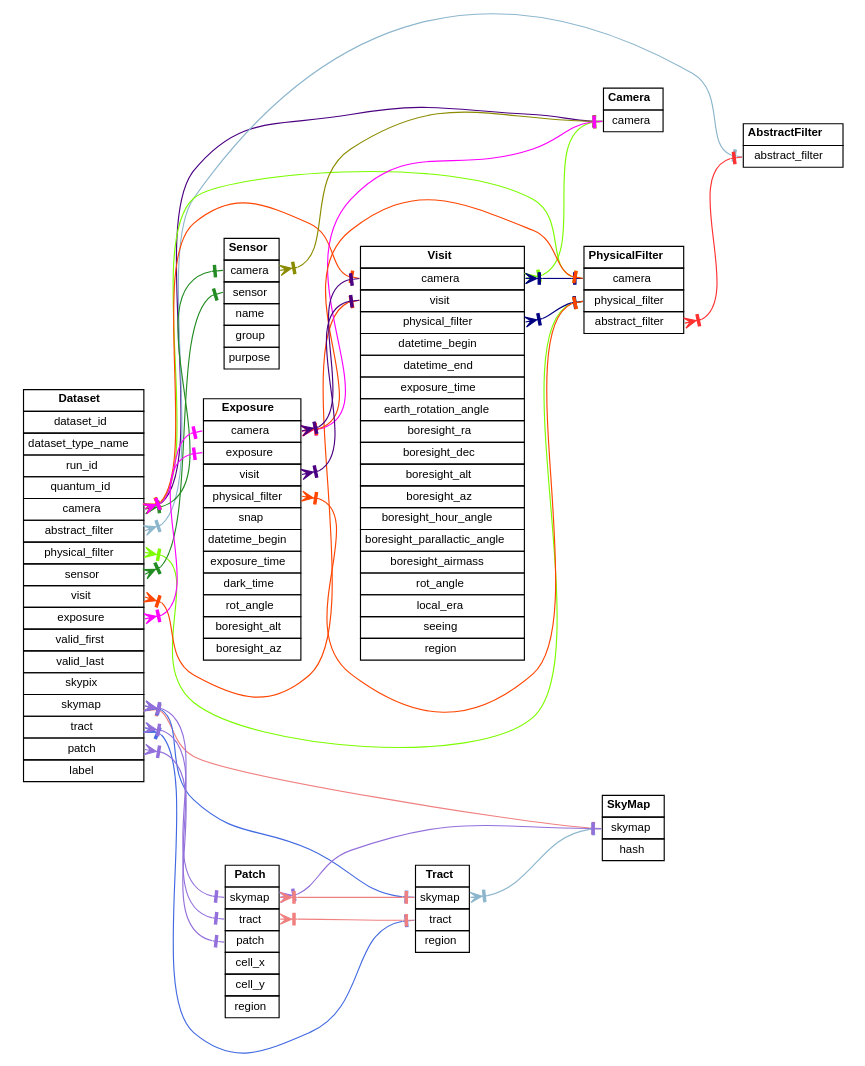
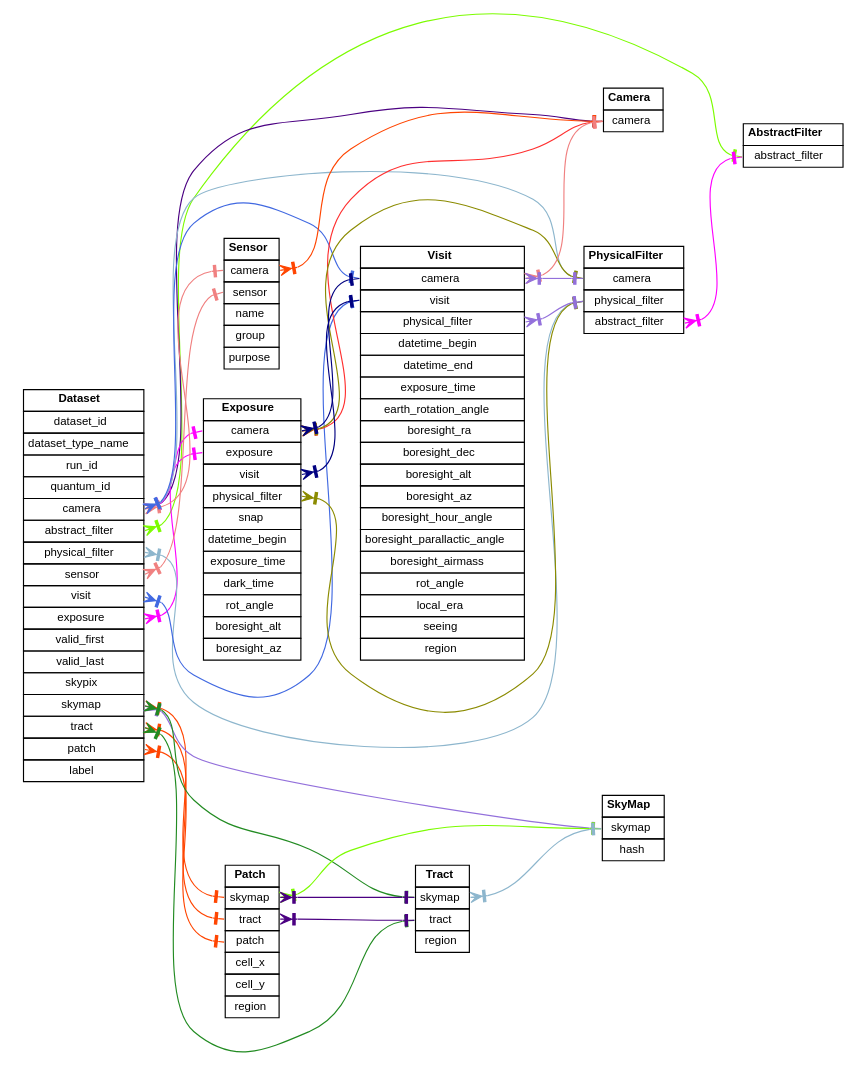
The diagram in generated/relationships-dataUnitsOnly.dot (lsst-dm/dmtn-073), drawn with Graphviz before and after one commit. The commit also changed 2 other files, not shown here.

Commit message:
Make GraphViz node order deterministic.

```diff
--- a/generated/relationships-dataUnitsOnly.dot
+++ b/generated/relationships-dataUnitsOnly.dot
@@ -1,164 +1,164 @@
 digraph relationships
 {
   node [shape=plaintext fontname=helvetica fontsize=10]
   edge [dir=both]
   rankdir=LR
   concentrate=false
+  AbstractFilter
+  [label=<
+    <table border="0" cellborder="1" cellpadding="3" cellspacing="0">
+      <tr><td><b>AbstractFilter</b></td></tr>
+      <tr><td port="abstract_filter">abstract_filter</td></tr>
+    </table>
+  >];
+  Camera
+  [label=<
+    <table border="0" cellborder="1" cellpadding="3" cellspacing="0">
+      <tr><td><b>Camera</b></td></tr>
+      <tr><td port="camera">camera</td></tr>
+    </table>
+  >];
   Dataset
   [label=<
     <table border="0" cellborder="1" cellpadding="3" cellspacing="0">
       <tr><td><b>Dataset</b></td></tr>
       <tr><td port="dataset_id">dataset_id</td></tr>
       <tr><td port="dataset_type_name">dataset_type_name</td></tr>
       <tr><td port="run_id">run_id</td></tr>
       <tr><td port="quantum_id">quantum_id</td></tr>
       <tr><td port="camera">camera</td></tr>
       <tr><td port="abstract_filter">abstract_filter</td></tr>
       <tr><td port="physical_filter">physical_filter</td></tr>
       <tr><td port="sensor">sensor</td></tr>
       <tr><td port="visit">visit</td></tr>
       <tr><td port="exposure">exposure</td></tr>
       <tr><td port="valid_first">valid_first</td></tr>
       <tr><td port="valid_last">valid_last</td></tr>
       <tr><td port="skypix">skypix</td></tr>
       <tr><td port="skymap">skymap</td></tr>
       <tr><td port="tract">tract</td></tr>
       <tr><td port="patch">patch</td></tr>
       <tr><td port="label">label</td></tr>
     </table>
   >];
-  Camera
+  Exposure
   [label=<
     <table border="0" cellborder="1" cellpadding="3" cellspacing="0">
-      <tr><td><b>Camera</b></td></tr>
+      <tr><td><b>Exposure</b></td></tr>
       <tr><td port="camera">camera</td></tr>
+      <tr><td port="exposure">exposure</td></tr>
+      <tr><td port="visit">visit</td></tr>
+      <tr><td port="physical_filter">physical_filter</td></tr>
+      <tr><td port="snap">snap</td></tr>
+      <tr><td port="datetime_begin">datetime_begin</td></tr>
+      <tr><td port="exposure_time">exposure_time</td></tr>
+      <tr><td port="dark_time">dark_time</td></tr>
+      <tr><td port="rot_angle">rot_angle</td></tr>
+      <tr><td port="boresight_alt">boresight_alt</td></tr>
+      <tr><td port="boresight_az">boresight_az</td></tr>
     </table>
   >];
-  AbstractFilter
+  Patch
   [label=<
     <table border="0" cellborder="1" cellpadding="3" cellspacing="0">
-      <tr><td><b>AbstractFilter</b></td></tr>
-      <tr><td port="abstract_filter">abstract_filter</td></tr>
+      <tr><td><b>Patch</b></td></tr>
+      <tr><td port="skymap">skymap</td></tr>
+      <tr><td port="tract">tract</td></tr>
+      <tr><td port="patch">patch</td></tr>
+      <tr><td port="cell_x">cell_x</td></tr>
+      <tr><td port="cell_y">cell_y</td></tr>
+      <tr><td port="region">region</td></tr>
     </table>
   >];
   PhysicalFilter
   [label=<
     <table border="0" cellborder="1" cellpadding="3" cellspacing="0">
       <tr><td><b>PhysicalFilter</b></td></tr>
       <tr><td port="camera">camera</td></tr>
       <tr><td port="physical_filter">physical_filter</td></tr>
       <tr><td port="abstract_filter">abstract_filter</td></tr>
     </table>
   >];
   Sensor
   [label=<
     <table border="0" cellborder="1" cellpadding="3" cellspacing="0">
       <tr><td><b>Sensor</b></td></tr>
       <tr><td port="camera">camera</td></tr>
       <tr><td port="sensor">sensor</td></tr>
       <tr><td port="name">name</td></tr>
       <tr><td port="group">group</td></tr>
       <tr><td port="purpose">purpose</td></tr>
+    </table>
+  >];
+  SkyMap
+  [label=<
+    <table border="0" cellborder="1" cellpadding="3" cellspacing="0">
+      <tr><td><b>SkyMap</b></td></tr>
+      <tr><td port="skymap">skymap</td></tr>
+      <tr><td port="hash">hash</td></tr>
+    </table>
+  >];
+  Tract
+  [label=<
+    <table border="0" cellborder="1" cellpadding="3" cellspacing="0">
+      <tr><td><b>Tract</b></td></tr>
+      <tr><td port="skymap">skymap</td></tr>
+      <tr><td port="tract">tract</td></tr>
+      <tr><td port="region">region</td></tr>
     </table>
   >];
   Visit
   [label=<
     <table border="0" cellborder="1" cellpadding="3" cellspacing="0">
       <tr><td><b>Visit</b></td></tr>
       <tr><td port="camera">camera</td></tr>
       <tr><td port="visit">visit</td></tr>
       <tr><td port="physical_filter">physical_filter</td></tr>
       <tr><td port="datetime_begin">datetime_begin</td></tr>
       <tr><td port="datetime_end">datetime_end</td></tr>
       <tr><td port="exposure_time">exposure_time</td></tr>
       <tr><td port="earth_rotation_angle">earth_rotation_angle</td></tr>
       <tr><td port="boresight_ra">boresight_ra</td></tr>
       <tr><td port="boresight_dec">boresight_dec</td></tr>
       <tr><td port="boresight_alt">boresight_alt</td></tr>
       <tr><td port="boresight_az">boresight_az</td></tr>
       <tr><td port="boresight_hour_angle">boresight_hour_angle</td></tr>
       <tr><td port="boresight_parallactic_angle">boresight_parallactic_angle</td></tr>
       <tr><td port="boresight_airmass">boresight_airmass</td></tr>
       <tr><td port="rot_angle">rot_angle</td></tr>
       <tr><td port="local_era">local_era</td></tr>
       <tr><td port="seeing">seeing</td></tr>
       <tr><td port="region">region</td></tr>
     </table>
   >];
-  Exposure
-  [label=<
-    <table border="0" cellborder="1" cellpadding="3" cellspacing="0">
-      <tr><td><b>Exposure</b></td></tr>
-      <tr><td port="camera">camera</td></tr>
-      <tr><td port="exposure">exposure</td></tr>
-      <tr><td port="visit">visit</td></tr>
-      <tr><td port="physical_filter">physical_filter</td></tr>
-      <tr><td port="snap">snap</td></tr>
-      <tr><td port="datetime_begin">datetime_begin</td></tr>
-      <tr><td port="exposure_time">exposure_time</td></tr>
-      <tr><td port="dark_time">dark_time</td></tr>
-      <tr><td port="rot_angle">rot_angle</td></tr>
-      <tr><td port="boresight_alt">boresight_alt</td></tr>
-      <tr><td port="boresight_az">boresight_az</td></tr>
-    </table>
-  >];
-  SkyMap
-  [label=<
-    <table border="0" cellborder="1" cellpadding="3" cellspacing="0">
-      <tr><td><b>SkyMap</b></td></tr>
-      <tr><td port="skymap">skymap</td></tr>
-      <tr><td port="hash">hash</td></tr>
-    </table>
-  >];
-  Tract
-  [label=<
-    <table border="0" cellborder="1" cellpadding="3" cellspacing="0">
-      <tr><td><b>Tract</b></td></tr>
-      <tr><td port="skymap">skymap</td></tr>
-      <tr><td port="tract">tract</td></tr>
-      <tr><td port="region">region</td></tr>
-    </table>
-  >];
-  Patch
-  [label=<
-    <table border="0" cellborder="1" cellpadding="3" cellspacing="0">
-      <tr><td><b>Patch</b></td></tr>
-      <tr><td port="skymap">skymap</td></tr>
-      <tr><td port="tract">tract</td></tr>
-      <tr><td port="patch">patch</td></tr>
-      <tr><td port="cell_x">cell_x</td></tr>
-      <tr><td port="cell_y">cell_y</td></tr>
-      <tr><td port="region">region</td></tr>
-    </table>
-  >];
-  Dataset:camera -> PhysicalFilter:camera [arrowtail=crowtee arrowhead=nonetee color=lawngreen]
-  Dataset:physical_filter -> PhysicalFilter:physical_filter [arrowtail=crowtee arrowhead=nonetee color=lawngreen]
+  Dataset:abstract_filter -> AbstractFilter:abstract_filter [arrowtail=crowtee arrowhead=nonetee color=lawngreen]
   Dataset:camera -> Camera:camera [arrowtail=crowtee arrowhead=nonetee color=indigo]
   Dataset:camera -> Exposure:camera [arrowtail=crowtee arrowhead=nonetee color=magenta1]
   Dataset:exposure -> Exposure:exposure [arrowtail=crowtee arrowhead=nonetee color=magenta1]
-  Dataset:camera -> Visit:camera [arrowtail=crowtee arrowhead=nonetee color=orangered]
-  Dataset:visit -> Visit:visit [arrowtail=crowtee arrowhead=nonetee color=orangered]
-  Dataset:abstract_filter -> AbstractFilter:abstract_filter [arrowtail=crowtee arrowhead=nonetee color=lightskyblue3]
-  Dataset:skymap -> SkyMap:skymap [arrowtail=crowtee arrowhead=nonetee color=lightcoral]
-  Dataset:skymap -> Patch:skymap [arrowtail=crowtee arrowhead=nonetee color=mediumpurple]
-  Dataset:tract -> Patch:tract [arrowtail=crowtee arrowhead=nonetee color=mediumpurple]
-  Dataset:patch -> Patch:patch [arrowtail=crowtee arrowhead=nonetee color=mediumpurple]
-  Dataset:camera -> Sensor:camera [arrowtail=crowtee arrowhead=nonetee color=forestgreen]
-  Dataset:sensor -> Sensor:sensor [arrowtail=crowtee arrowhead=nonetee color=forestgreen]
-  Dataset:skymap -> Tract:skymap [arrowtail=crowtee arrowhead=nonetee color=royalblue]
-  Dataset:tract -> Tract:tract [arrowtail=crowtee arrowhead=nonetee color=royalblue]
-  PhysicalFilter:abstract_filter -> AbstractFilter:abstract_filter [arrowtail=crowtee arrowhead=nonetee color=firebrick1]
-  Sensor:camera -> Camera:camera [arrowtail=crowtee arrowhead=nonetee color=yellow4]
-  Visit:camera -> PhysicalFilter:camera [arrowtail=crowtee arrowhead=nonetee color=navyblue]
-  Visit:physical_filter -> PhysicalFilter:physical_filter [arrowtail=crowtee arrowhead=nonetee color=navyblue]
-  Visit:camera -> Camera:camera [arrowtail=crowtee arrowhead=nonetee color=lawngreen]
-  Exposure:camera -> Visit:camera [arrowtail=crowtee arrowhead=nonetee color=indigo]
-  Exposure:visit -> Visit:visit [arrowtail=crowtee arrowhead=nonetee color=indigo]
-  Exposure:camera -> Camera:camera [arrowtail=crowtee arrowhead=nonetee color=magenta1]
-  Exposure:camera -> PhysicalFilter:camera [arrowtail=crowtee arrowhead=nonetee color=orangered]
-  Exposure:physical_filter -> PhysicalFilter:physical_filter [arrowtail=crowtee arrowhead=nonetee color=orangered]
+  Dataset:skymap -> Patch:skymap [arrowtail=crowtee arrowhead=nonetee color=orangered]
+  Dataset:tract -> Patch:tract [arrowtail=crowtee arrowhead=nonetee color=orangered]
+  Dataset:patch -> Patch:patch [arrowtail=crowtee arrowhead=nonetee color=orangered]
+  Dataset:camera -> PhysicalFilter:camera [arrowtail=crowtee arrowhead=nonetee color=lightskyblue3]
+  Dataset:physical_filter -> PhysicalFilter:physical_filter [arrowtail=crowtee arrowhead=nonetee color=lightskyblue3]
+  Dataset:camera -> Sensor:camera [arrowtail=crowtee arrowhead=nonetee color=lightcoral]
+  Dataset:sensor -> Sensor:sensor [arrowtail=crowtee arrowhead=nonetee color=lightcoral]
+  Dataset:skymap -> SkyMap:skymap [arrowtail=crowtee arrowhead=nonetee color=mediumpurple]
+  Dataset:skymap -> Tract:skymap [arrowtail=crowtee arrowhead=nonetee color=forestgreen]
+  Dataset:tract -> Tract:tract [arrowtail=crowtee arrowhead=nonetee color=forestgreen]
+  Dataset:camera -> Visit:camera [arrowtail=crowtee arrowhead=nonetee color=royalblue]
+  Dataset:visit -> Visit:visit [arrowtail=crowtee arrowhead=nonetee color=royalblue]
+  Exposure:camera -> Camera:camera [arrowtail=crowtee arrowhead=nonetee color=firebrick1]
+  Exposure:camera -> PhysicalFilter:camera [arrowtail=crowtee arrowhead=nonetee color=yellow4]
+  Exposure:physical_filter -> PhysicalFilter:physical_filter [arrowtail=crowtee arrowhead=nonetee color=yellow4]
+  Exposure:camera -> Visit:camera [arrowtail=crowtee arrowhead=nonetee color=navyblue]
+  Exposure:visit -> Visit:visit [arrowtail=crowtee arrowhead=nonetee color=navyblue]
+  Patch:skymap -> SkyMap:skymap [arrowtail=crowtee arrowhead=nonetee color=lawngreen]
+  Patch:skymap -> Tract:skymap [arrowtail=crowtee arrowhead=nonetee color=indigo]
+  Patch:tract -> Tract:tract [arrowtail=crowtee arrowhead=nonetee color=indigo]
+  PhysicalFilter:abstract_filter -> AbstractFilter:abstract_filter [arrowtail=crowtee arrowhead=nonetee color=magenta1]
+  Sensor:camera -> Camera:camera [arrowtail=crowtee arrowhead=nonetee color=orangered]
   Tract:skymap -> SkyMap:skymap [arrowtail=crowtee arrowhead=nonetee color=lightskyblue3]
-  Patch:skymap -> Tract:skymap [arrowtail=crowtee arrowhead=nonetee color=lightcoral]
-  Patch:tract -> Tract:tract [arrowtail=crowtee arrowhead=nonetee color=lightcoral]
-  Patch:skymap -> SkyMap:skymap [arrowtail=crowtee arrowhead=nonetee color=mediumpurple]
+  Visit:camera -> Camera:camera [arrowtail=crowtee arrowhead=nonetee color=lightcoral]
+  Visit:camera -> PhysicalFilter:camera [arrowtail=crowtee arrowhead=nonetee color=mediumpurple]
+  Visit:physical_filter -> PhysicalFilter:physical_filter [arrowtail=crowtee arrowhead=nonetee color=mediumpurple]
 }
```
